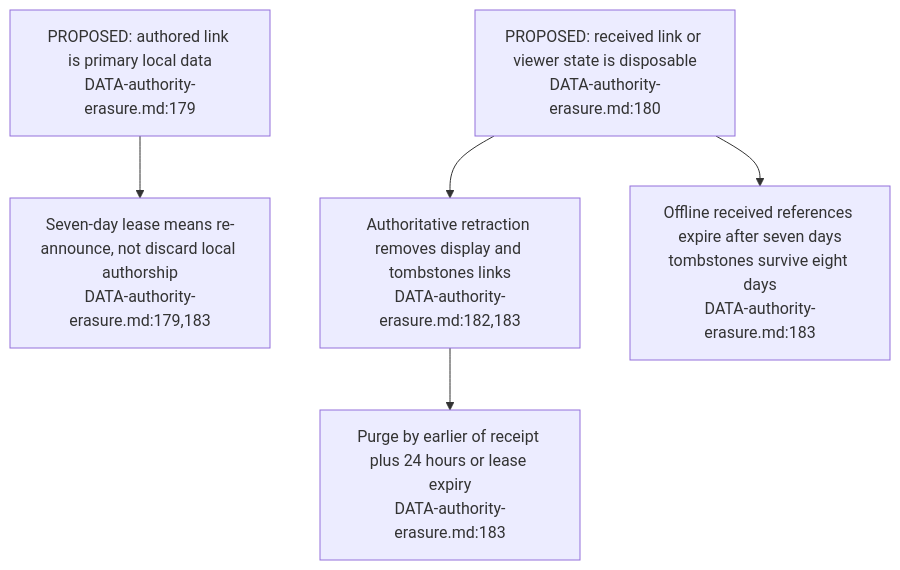
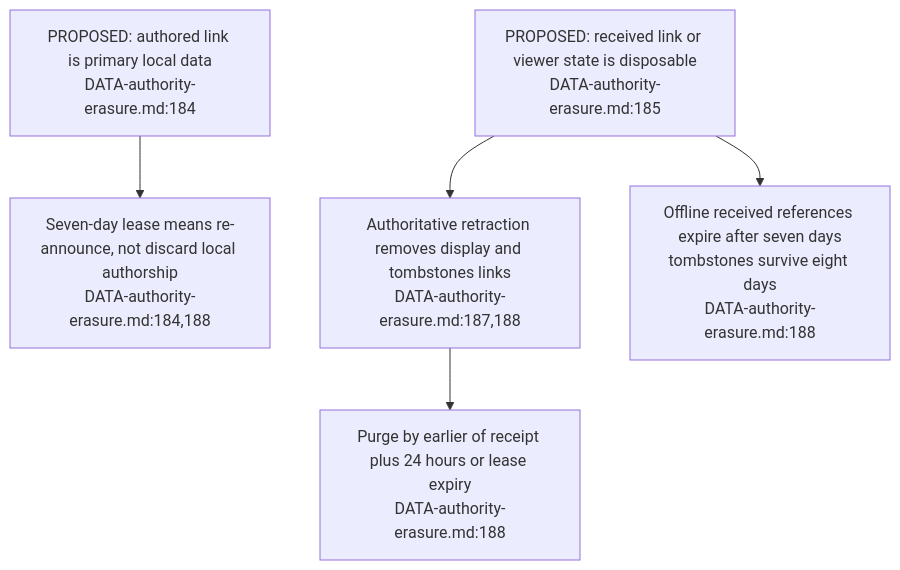
The third of 3 diagrams in docs/diagrams/visionclaw/48-dataspace-federation-prerequisites.md (DreamLab-AI/VisionFlow), drawn with Mermaid before and after one commit. The commit also changed other lines of this file and 7 other files, not shown here.

First line of the commit message:
diagrams(visionclaw): re-verify VC-43..VC-50 at visionclaw 4900ec6

````diff
--- a/docs/diagrams/visionclaw/48-dataspace-federation-prerequisites.md
+++ b/docs/diagrams/visionclaw/48-dataspace-federation-prerequisites.md
@@ -64,7 +64,7 @@
 ```mermaid
 flowchart TD
-    OWN["PROPOSED: authored link is primary local data<br/>DATA-authority-erasure.md:179"] --> RENEW["Seven-day lease means re-announce, not discard local authorship<br/>DATA-authority-erasure.md:179,183"]
-    FOREIGN["PROPOSED: received link or viewer state is disposable<br/>DATA-authority-erasure.md:180"] --> RETRACT["Authoritative retraction removes display and tombstones links<br/>DATA-authority-erasure.md:182,183"]
-    RETRACT --> PURGE["Purge by earlier of receipt plus 24 hours or lease expiry<br/>DATA-authority-erasure.md:183"]
-    FOREIGN --> EXPIRE["Offline received references expire after seven days<br/>tombstones survive eight days<br/>DATA-authority-erasure.md:183"]
+    OWN["PROPOSED: authored link is primary local data<br/>DATA-authority-erasure.md:184"] --> RENEW["Seven-day lease means re-announce, not discard local authorship<br/>DATA-authority-erasure.md:184,188"]
+    FOREIGN["PROPOSED: received link or viewer state is disposable<br/>DATA-authority-erasure.md:185"] --> RETRACT["Authoritative retraction removes display and tombstones links<br/>DATA-authority-erasure.md:187,188"]
+    RETRACT --> PURGE["Purge by earlier of receipt plus 24 hours or lease expiry<br/>DATA-authority-erasure.md:188"]
+    FOREIGN --> EXPIRE["Offline received references expire after seven days<br/>tombstones survive eight days<br/>DATA-authority-erasure.md:188"]
 ```
````
